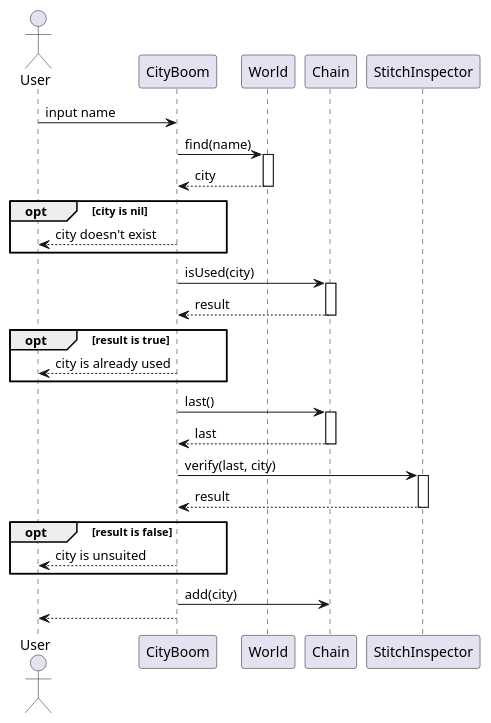
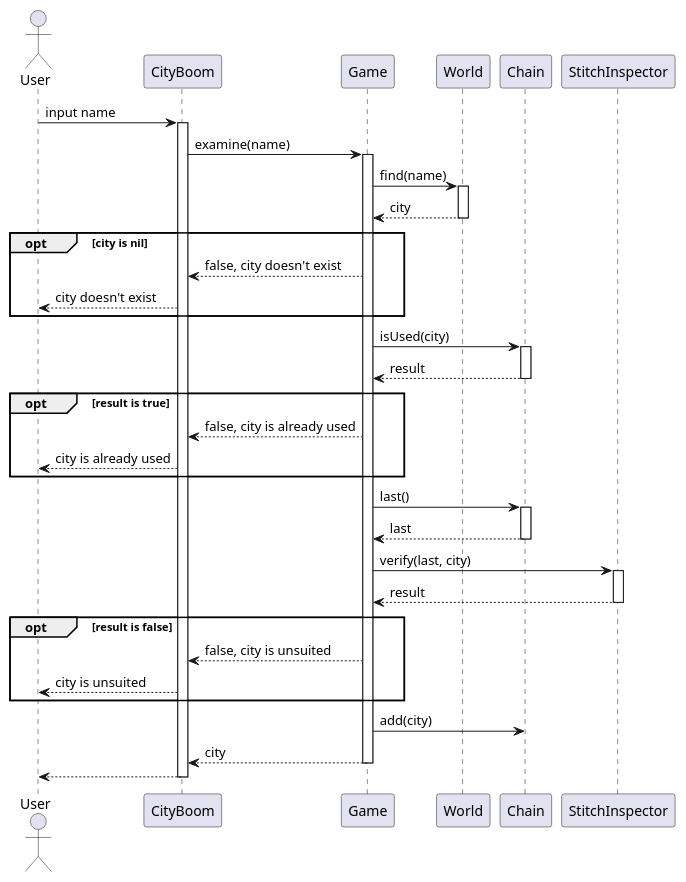
The diagram in uml/user-play-sequence.puml (bonewell/cityboom), drawn with PlantUML before and after one commit. The commit also changed 5 other files, not shown here.

Commit message:
Update UML diagrams

```diff
--- a/uml/user-play-sequence.puml
+++ b/uml/user-play-sequence.puml
@@ -1,31 +1,40 @@
 @startuml
 actor User
 User -> CityBoom: input name
-CityBoom -> World: find(name)
+activate CityBoom
+CityBoom -> Game: examine(name)
+activate Game
+Game -> World: find(name)
 activate World
-World --> CityBoom: city
+World --> Game: city
 deactivate World
 opt city is nil
+    Game --> CityBoom: false, city doesn't exist
     CityBoom --> User: city doesn't exist
 end
-CityBoom -> Chain: isUsed(city)
+Game -> Chain: isUsed(city)
 activate Chain
-Chain --> CityBoom: result
+Chain --> Game: result
 deactivate Chain
 opt result is true
+    Game --> CityBoom: false, city is already used
     CityBoom --> User: city is already used
 end
-CityBoom -> Chain: last()
+Game -> Chain: last()
 activate Chain
-Chain --> CityBoom: last
+Chain --> Game: last
 deactivate Chain
-CityBoom -> StitchInspector: verify(last, city)
+Game -> StitchInspector: verify(last, city)
 activate StitchInspector
-StitchInspector --> CityBoom: result
+StitchInspector --> Game: result
 deactivate StitchInspector
 opt result is false
+    Game --> CityBoom: false, city is unsuited
     CityBoom --> User: city is unsuited
 end
-CityBoom -> Chain: add(city)
+Game -> Chain: add(city)
+Game --> CityBoom: city
+deactivate Game
 CityBoom --> User
+deactivate CityBoom
 @enduml
```
